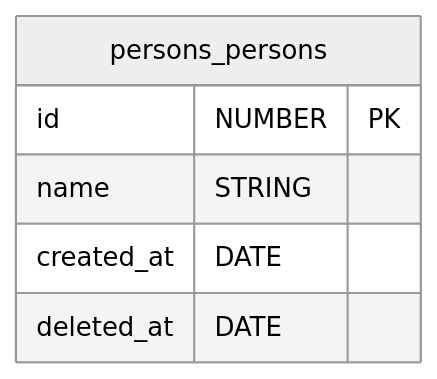
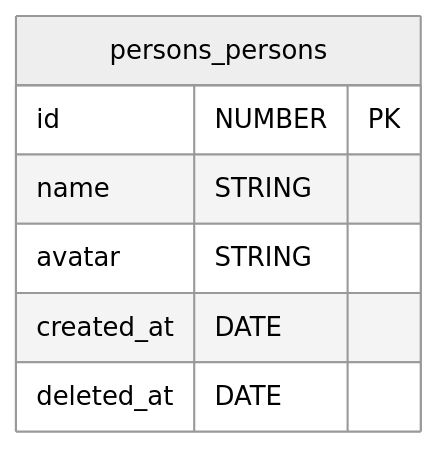
The diagram in docs/persons.md (virtualitems/nestjs-users), drawn with Mermaid (neutral theme) before and after one commit.

Commit message:
Add avatar property to persons entity in documentation

````diff
--- a/docs/persons.md
+++ b/docs/persons.md
@@ -3,9 +3,10 @@
 ```mermaid
 erDiagram
     persons_persons {
         id NUMBER PK
         name STRING
+        avatar STRING
         created_at DATE
         deleted_at DATE
     }
 ```
````
